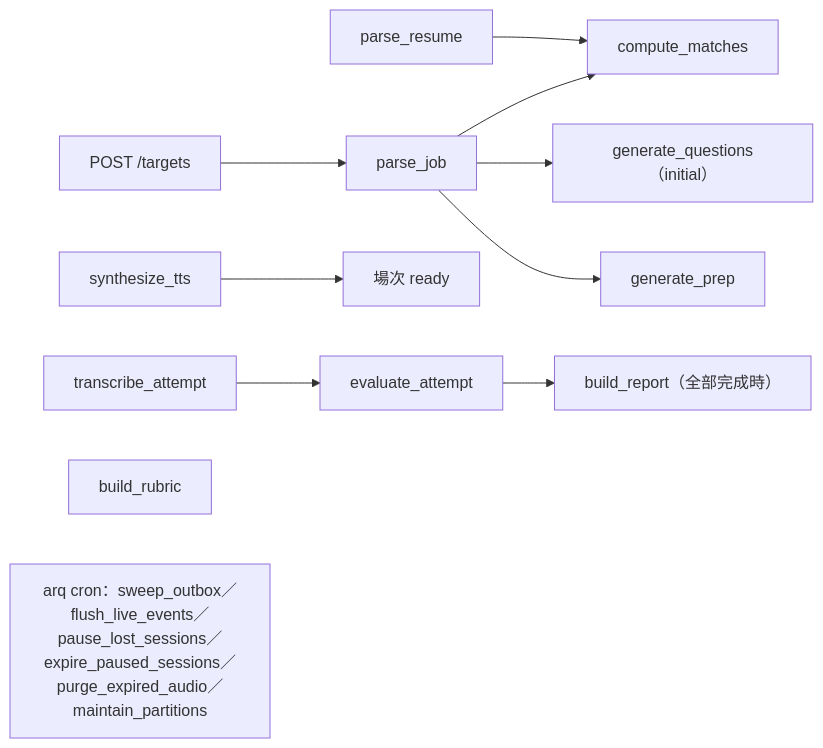
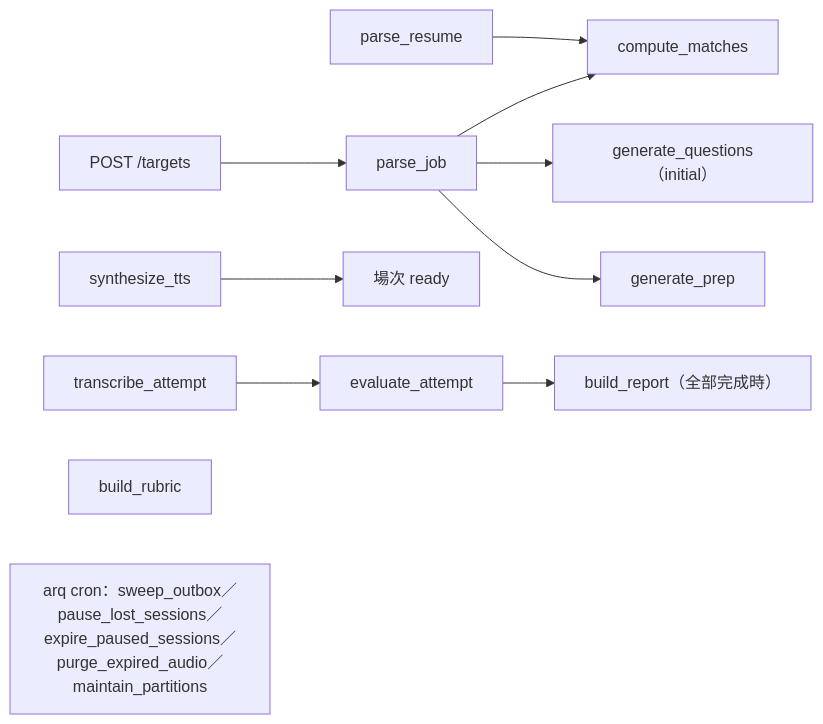
Diagram 28 of 30 in spec/flows.md (WilliamTsai1227/AI_Interview), drawn with Mermaid before and after one commit. The commit also changed other lines of this file and 4 other files, not shown here.

````diff
--- a/spec/flows.md
+++ b/spec/flows.md
@@ -829,13 +848,13 @@
 ```mermaid
 flowchart LR
     T0["POST /targets"] --> J
     R["parse_resume"] --> M["compute_matches"]
     J["parse_job"] --> M
     J --> Q["generate_questions（initial）"]
     J --> P["generate_prep"]
     TQ["synthesize_tts"] --> RDY["場次 ready"]
     T["transcribe_attempt"] --> EV["evaluate_attempt"]
     EV --> RP["build_report（全部完成時）"]
     BR["build_rubric"]
-    CRON["arq cron：sweep_outbox／flush_live_events／pause_lost_sessions／expire_paused_sessions／purge_expired_audio／maintain_partitions"]
+    CRON["arq cron：sweep_outbox／pause_lost_sessions／expire_paused_sessions／purge_expired_audio／maintain_partitions"]
 ```
````
